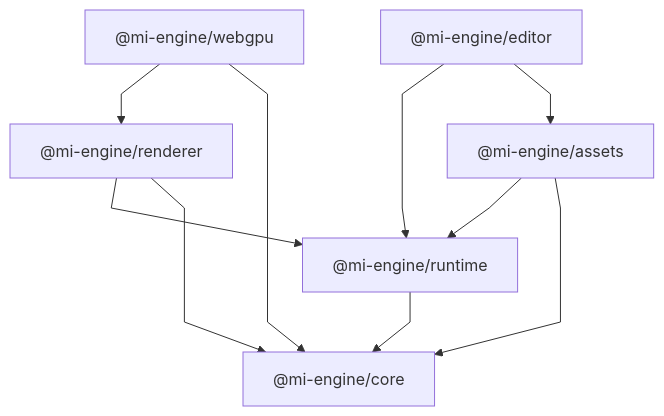
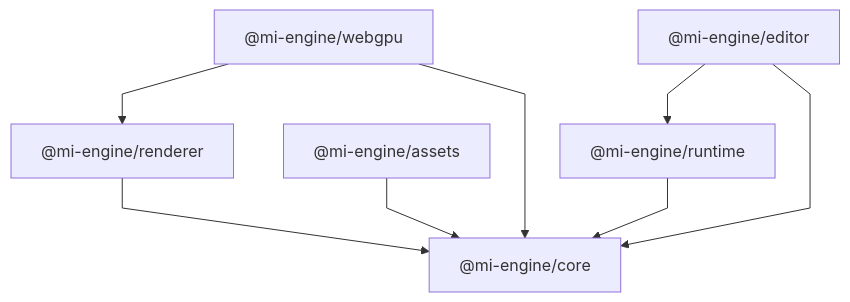
The diagram in docs/architecture/package-dependencies.md (anzohub/mi-engine), drawn with Mermaid before and after one commit. The commit also changed other lines of this file and 5 other files, not shown here.

Commit message:
feat(docs): update README and architecture documentation for clarity and extensibility guidelines

````diff
--- a/docs/architecture/package-dependencies.md
+++ b/docs/architecture/package-dependencies.md
@@ -14,31 +14,28 @@
 ```mermaid
 %%{init: {
   "flowchart": {
     "curve": "linear",
     "nodeSpacing": 50,
     "rankSpacing": 60
   }
 }}%%
 
 flowchart TB
     WebGPU["@mi-engine/webgpu"]
     Renderer["@mi-engine/renderer"]
     Editor["@mi-engine/editor"]
     Assets["@mi-engine/assets"]
     Runtime["@mi-engine/runtime"]
     Core["@mi-engine/core"]
 
     WebGPU --> Renderer
     WebGPU --> Core
 
     Editor --> Runtime
-    Editor --> Assets
-
-    Renderer --> Runtime
+    Editor --> Core
     Renderer --> Core
 
-    Assets --> Runtime
     Assets --> Core
 
     Runtime --> Core
 ```
````
